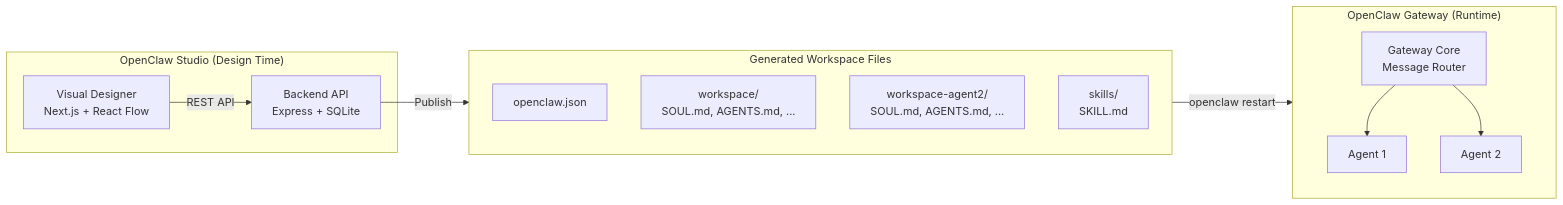
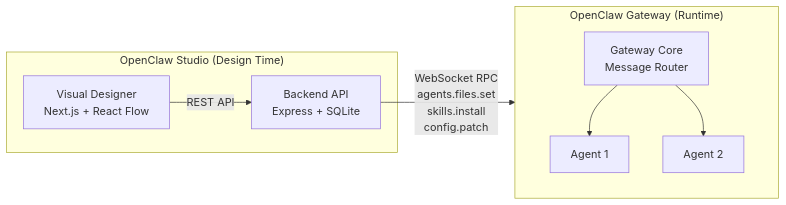
The first of 11 diagrams in docs/architecture.md (durdan/openclaw-studio), drawn with Mermaid before and after one commit. The commit also changed other lines of this file and 16 other files, not shown here.

First line of the commit message:
feat: add ClawHub skill browser, real templates, theme toggle, and smart re-publish

````diff
--- a/docs/architecture.md
+++ b/docs/architecture.md
@@ -7,26 +7,18 @@
 ```mermaid
 graph LR
     subgraph Studio ["OpenClaw Studio (Design Time)"]
         UI[Visual Designer<br/>Next.js + React Flow]
         API[Backend API<br/>Express + SQLite]
         UI -->|REST API| API
-    end
-
-    subgraph Output ["Generated Workspace Files"]
-        OJ[openclaw.json]
-        WS1[workspace/<br/>SOUL.md, AGENTS.md, ...]
-        WS2[workspace-agent2/<br/>SOUL.md, AGENTS.md, ...]
-        SK[skills/<br/>SKILL.md]
     end
 
     subgraph Runtime ["OpenClaw Gateway (Runtime)"]
         GW[Gateway Core<br/>Message Router]
         AG1[Agent 1]
         AG2[Agent 2]
         GW --> AG1
         GW --> AG2
     end
 
-    API -->|Publish| Output
-    Output -->|openclaw restart| Runtime
+    API -->|"WebSocket RPC<br/>agents.files.set<br/>skills.install<br/>config.patch"| Runtime
 ```
````
